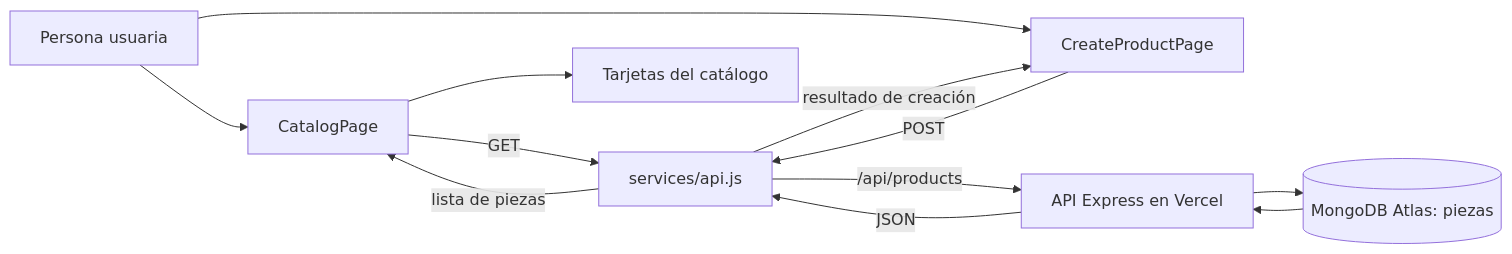
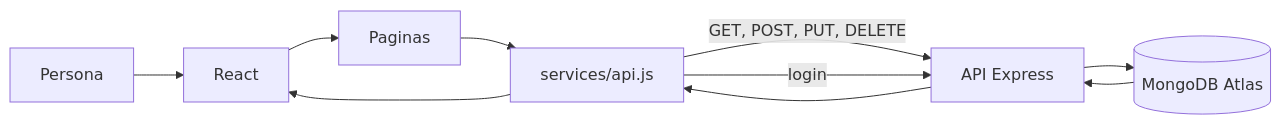
The diagram in README.md (nadiamoukrimg/nana-nocturna-frontend), drawn with Mermaid before and after one commit. The commit also changed other lines of this file, not shown here.

Commit message:
Actualizacion del README

````diff
--- a/README.md
+++ b/README.md
@@ -84,14 +107,12 @@
 ```mermaid
 flowchart LR
-  U[Persona usuaria] --> C[CatalogPage]
-  U --> F[CreateProductPage]
-  C -->|GET| S[services/api.js]
-  F -->|POST| S
-  S -->|/api/products| A[API Express en Vercel]
-  A --> D[(MongoDB Atlas: piezas)]
-  D --> A
-  A -->|JSON| S
-  S -->|lista de piezas| C
-  S -->|resultado de creación| F
-  C --> T[Tarjetas del catálogo]
+    Persona --> React
+    React --> Paginas
+    Paginas --> Servicio["services/api.js"]
+    Servicio -->|GET, POST, PUT, DELETE| API["API Express"]
+    Servicio -->|login| API
+    API --> Atlas[(MongoDB Atlas)]
+    Atlas --> API
+    API --> Servicio
+    Servicio --> React
 ```
````
